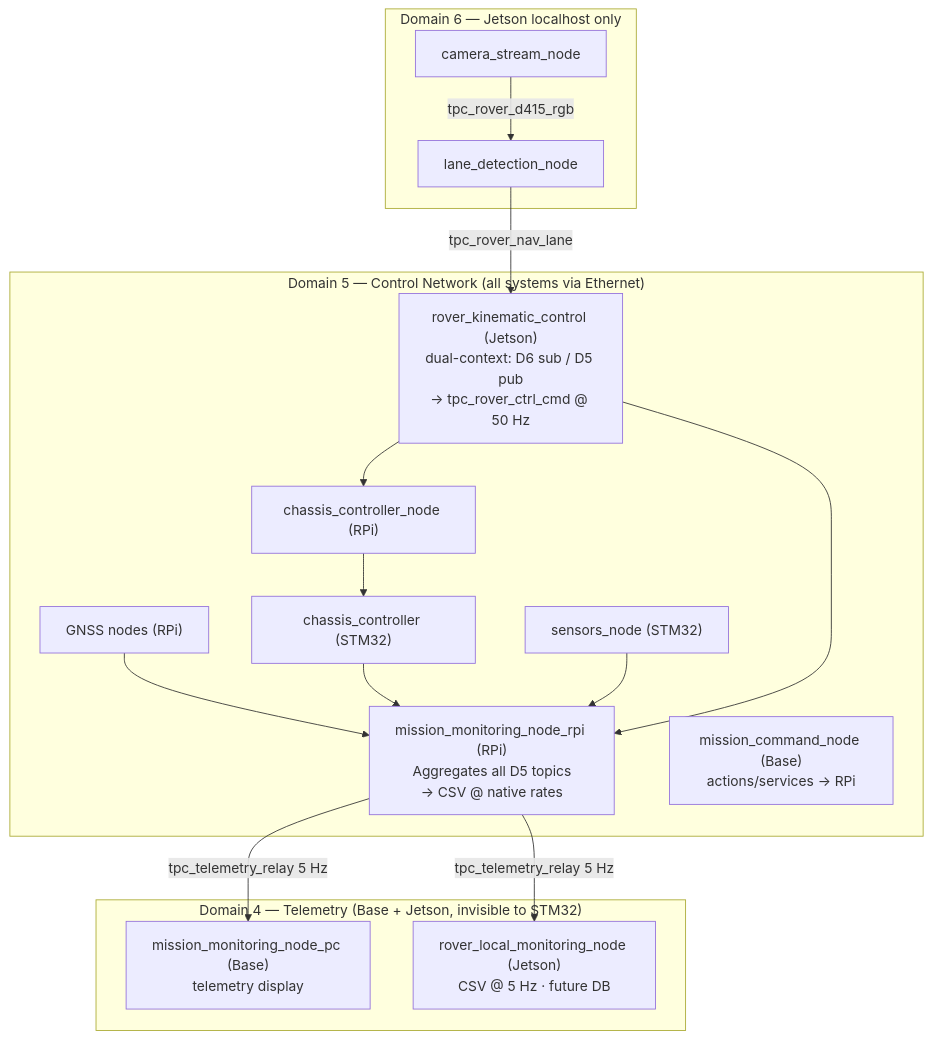
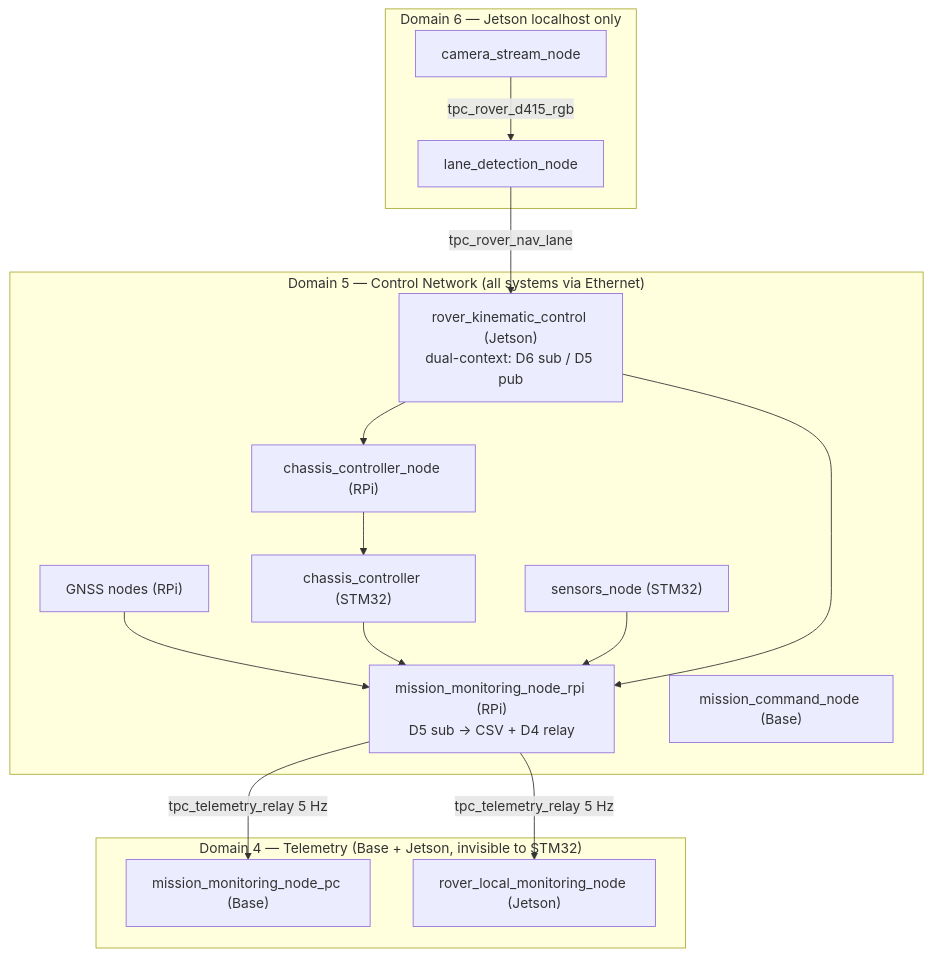
Before and after one commit to RoboticsGG/almondmatcha: the diagram in docs/DOMAINS.md, drawn with Mermaid. The commit also changed other lines of this file and 3 other files, not shown here.

````diff
--- a/docs/DOMAINS.md
+++ b/docs/DOMAINS.md
@@ -15,30 +17,30 @@
 ```mermaid
 flowchart TB
     subgraph D6["Domain 6 — Jetson localhost only"]
         CAM["camera_stream_node"] -->|tpc_rover_d415_rgb| LANE["lane_detection_node"]
     end
 
     subgraph D5["Domain 5 — Control Network (all systems via Ethernet)"]
-        CTRL["rover_kinematic_control (Jetson)\ndual-context: D6 sub / D5 pub\n→ tpc_rover_ctrl_cmd @ 50 Hz"]
+        CTRL["rover_kinematic_control (Jetson)\ndual-context: D6 sub / D5 pub"]
         CC["chassis_controller_node (RPi)"]
         STM32C["chassis_controller (STM32)"]
         STM32S["sensors_node (STM32)"]
         GNSS["GNSS nodes (RPi)"]
-        MON["mission_monitoring_node_rpi (RPi)\nAggregates all D5 topics\n→ CSV @ native rates"]
-        CMD["mission_command_node (Base)\nactions/services → RPi"]
+        MON["mission_monitoring_node_rpi (RPi)\nD5 sub → CSV + D4 relay"]
+        CMD["mission_command_node (Base)"]
     end
 
     subgraph D4["Domain 4 — Telemetry (Base + Jetson, invisible to STM32)"]
-        PC["mission_monitoring_node_pc (Base)\ntelemetry display"]
-        JLOG["rover_local_monitoring_node (Jetson)\nCSV @ 5 Hz · future DB"]
+        PC["mission_monitoring_node_pc (Base)"]
+        JLOG["rover_local_monitoring_node (Jetson)"]
     end
 
     LANE -->|tpc_rover_nav_lane| CTRL
     CTRL --> CC --> STM32C
     GNSS --> MON
     STM32C --> MON
     STM32S --> MON
     CTRL --> MON
     MON -->|tpc_telemetry_relay 5 Hz| PC
     MON -->|tpc_telemetry_relay 5 Hz| JLOG
 ```
````
